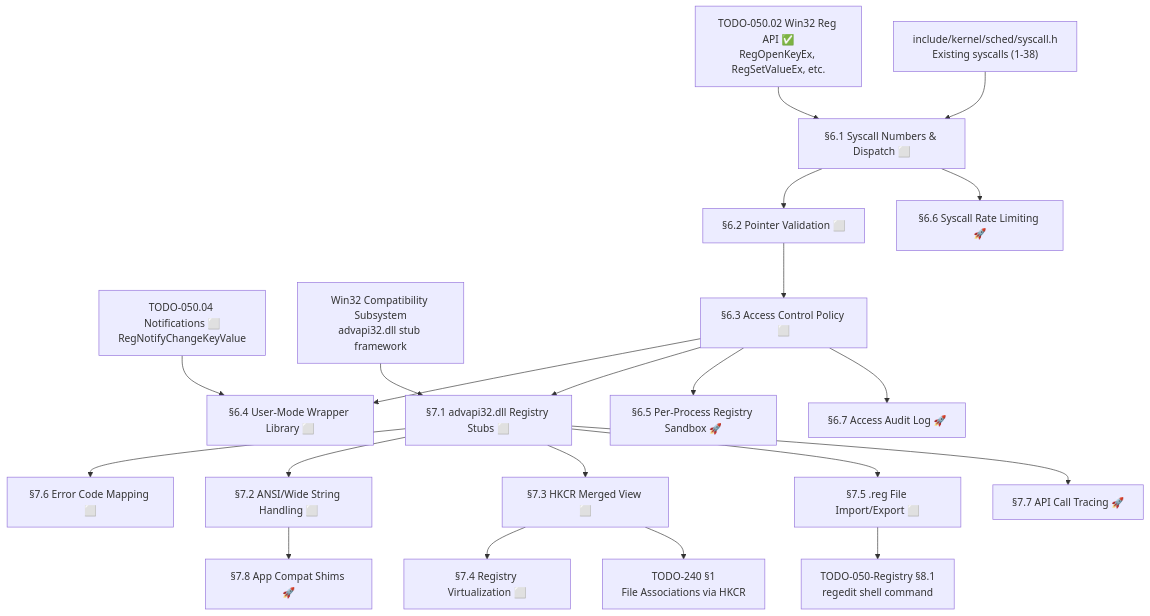
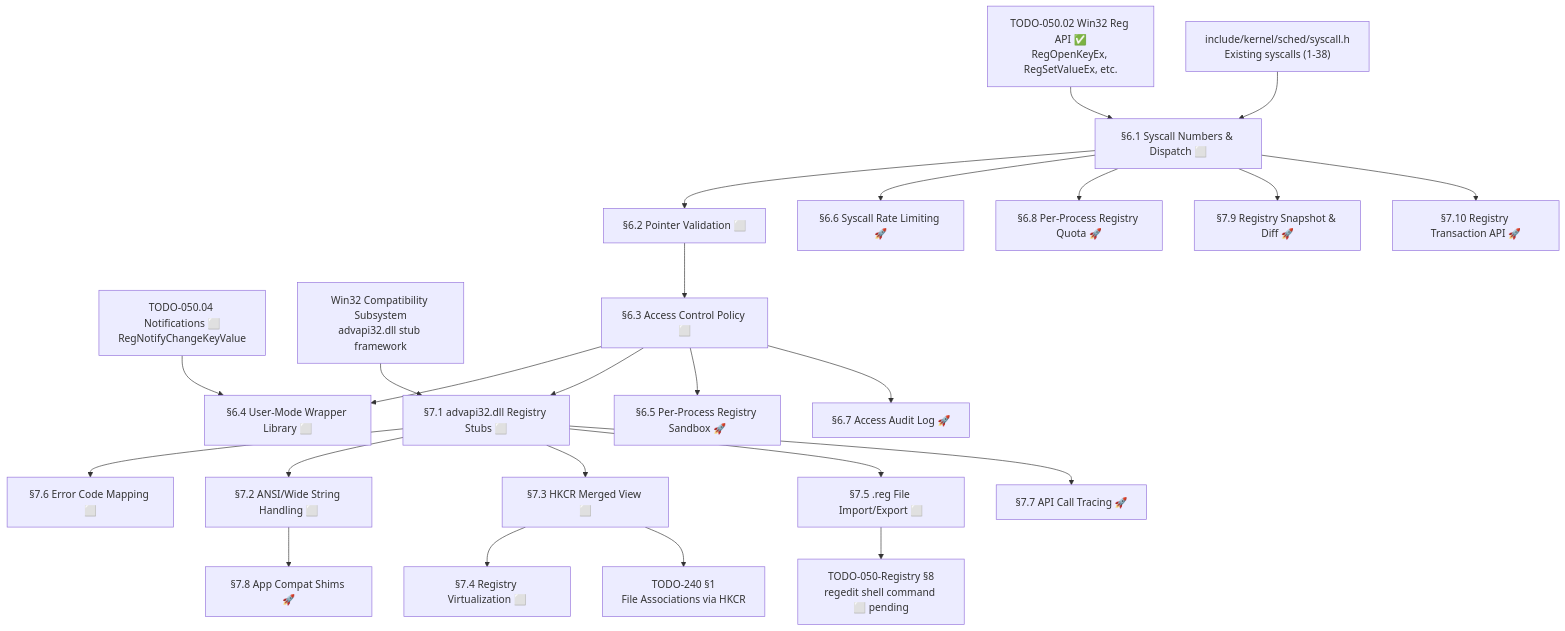
One commit to rizonesoft/impossible-os changed the diagram in todo/010-Kernel-Foundations/TODO-050-Registry/TODO-050.05-Syscalls.md. Above: the diagram before and after it, drawn with Mermaid. The commit also changed other lines of this file and 1 other file, not shown here.

First line of the commit message:
todo: validate and enhance TODO-050.05-Syscalls.md

````diff
--- a/todo/010-Kernel-Foundations/TODO-050-Registry/TODO-050.05-Syscalls.md
+++ b/todo/010-Kernel-Foundations/TODO-050-Registry/TODO-050.05-Syscalls.md
@@ -39,50 +41,57 @@
 ```mermaid
 graph TD
     API["TODO-050.02 Win32 Reg API ✅<br/>RegOpenKeyEx, RegSetValueEx, etc."]
     SYSCALL_H["include/kernel/sched/syscall.h<br/>Existing syscalls (1-38)"]
     NOTIFY["TODO-050.04 Notifications ⬜<br/>RegNotifyChangeKeyValue"]
     WIN32["Win32 Compatibility Subsystem<br/>advapi32.dll stub framework"]
 
     A["§6.1 Syscall Numbers & Dispatch ⬜"]
     B["§6.2 Pointer Validation ⬜"]
     C["§6.3 Access Control Policy ⬜"]
     D["§6.4 User-Mode Wrapper Library ⬜"]
     E["§7.1 advapi32.dll Registry Stubs ⬜"]
     F["§7.2 ANSI/Wide String Handling ⬜"]
     G["§7.3 HKCR Merged View ⬜"]
     H["§7.4 Registry Virtualization ⬜"]
     I["§7.5 .reg File Import/Export ⬜"]
     J["§7.6 Error Code Mapping ⬜"]
     K["§6.5 Per-Process Registry Sandbox 🚀"]
     L["§6.6 Syscall Rate Limiting 🚀"]
     M["§6.7 Access Audit Log 🚀"]
     N["§7.7 API Call Tracing 🚀"]
     O["§7.8 App Compat Shims 🚀"]
+    P["§6.8 Per-Process Registry Quota 🚀"]
+    Q["§7.9 Registry Snapshot & Diff 🚀"]
+    R["§7.10 Registry Transaction API 🚀"]
 
     FILEASSOC["TODO-240 §1<br/>File Associations via HKCR"]
-    REGEDIT["TODO-050-Registry §8.1<br/>regedit shell command"]
+    REGEDIT["TODO-050-Registry §8<br/>regedit shell command ⬜ pending"]
 
     API --> A
     SYSCALL_H --> A
     A --> B
     B --> C
     C --> D
     NOTIFY --> D
 
     WIN32 --> E
     C --> E
     E --> J
     E --> F
     E --> G
     G --> H
     E --> I
     E --> N
     F --> O
 
     C --> K
     A --> L
     C --> M
 
+    A --> P
+    A --> Q
+    A --> R
+
     G --> FILEASSOC
     I --> REGEDIT
 ```
````
